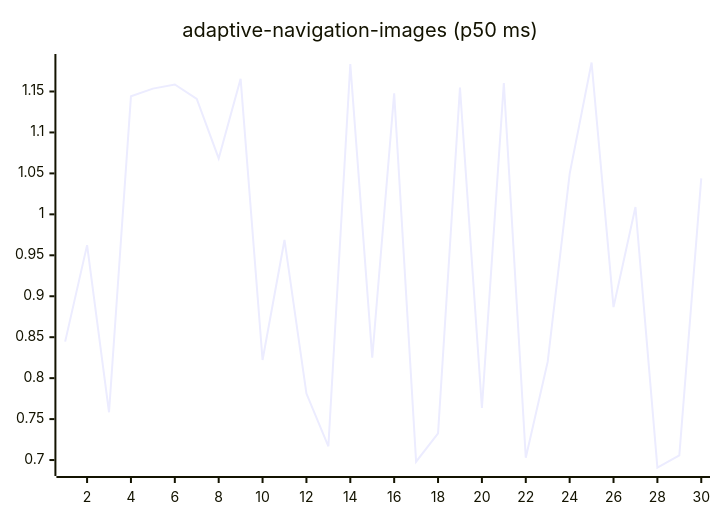
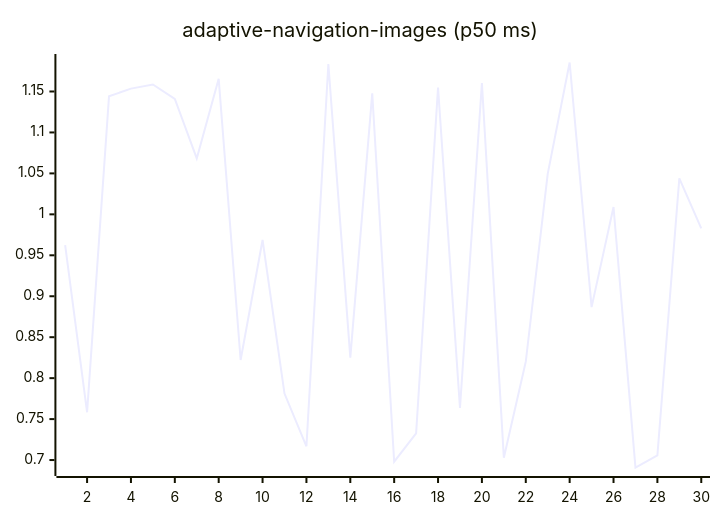
The first of 27 diagrams in README.md (josha/Facet), drawn with Mermaid before and after one commit. The commit also changed other lines of this file and 2 other files, not shown here.

````diff
--- a/README.md
+++ b/README.md
@@ -63,6 +63,6 @@
 ```mermaid
 xychart-beta
     title "adaptive-navigation-images (p50 ms)"
     x-axis 1 --> 30
-    line [0.8446, 0.9624, 0.7583, 1.1441, 1.1535, 1.1586, 1.1410, 1.0683, 1.1655, 0.8222, 0.9687, 0.7812, 0.7168, 1.1836, 0.8250, 1.1478, 0.6980, 0.7325, 1.1549, 0.7635, 1.1603, 0.7028, 0.8201, 1.0494, 1.1854, 0.8867, 1.0090, 0.6909, 0.7058, 1.0439]
+    line [0.9624, 0.7583, 1.1441, 1.1535, 1.1586, 1.1410, 1.0683, 1.1655, 0.8222, 0.9687, 0.7812, 0.7168, 1.1836, 0.8250, 1.1478, 0.6980, 0.7325, 1.1549, 0.7635, 1.1603, 0.7028, 0.8201, 1.0494, 1.1854, 0.8867, 1.0090, 0.6909, 0.7058, 1.0439, 0.9829]
 ```
````
